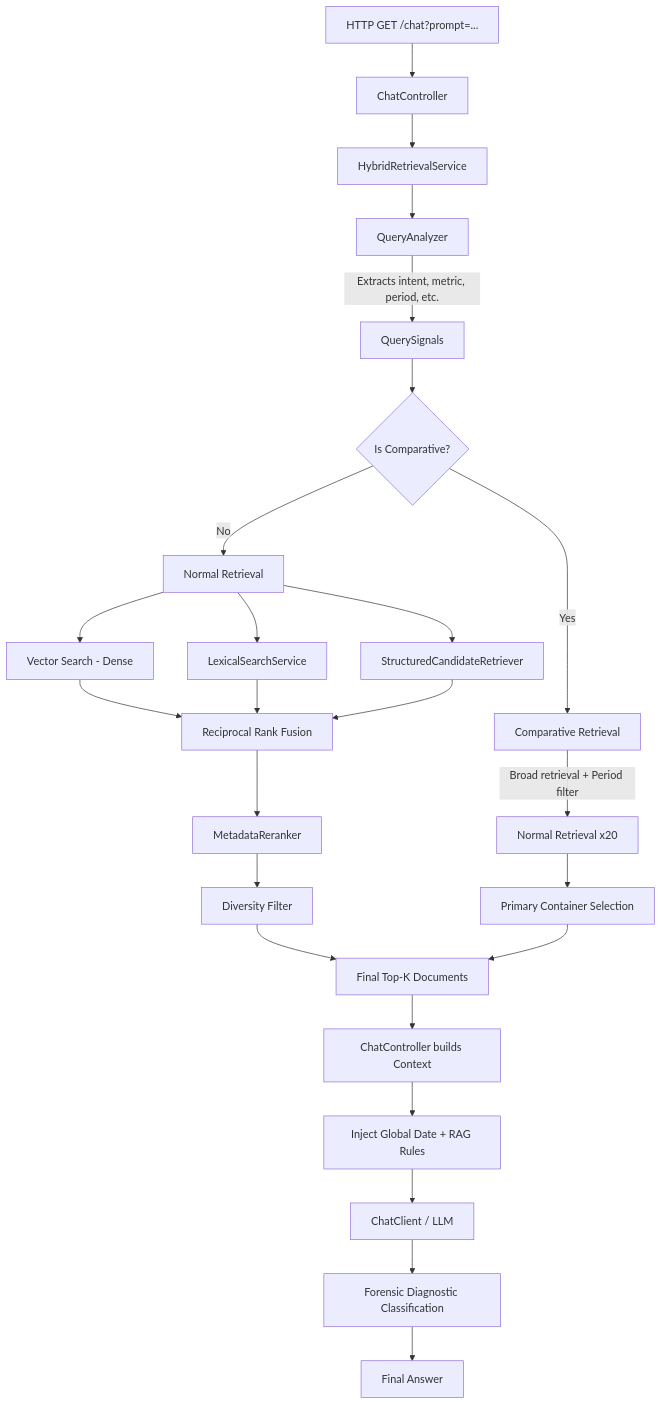
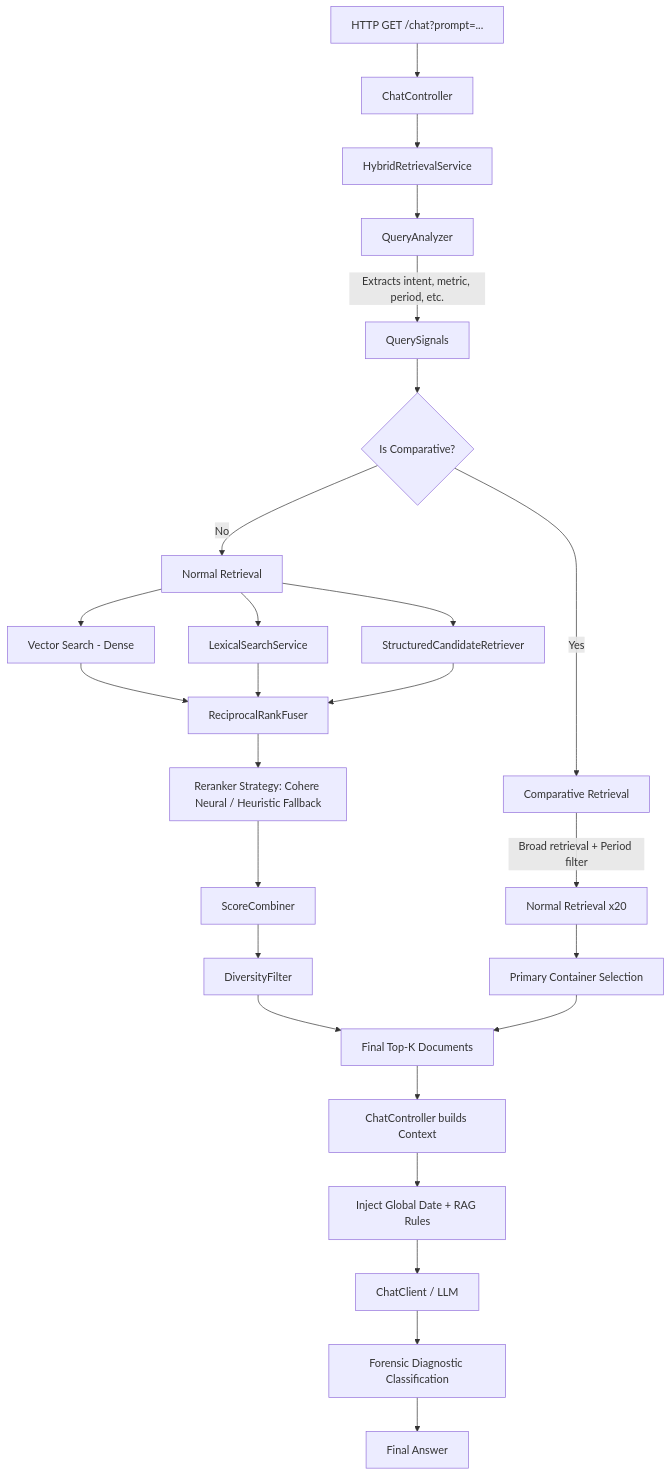
The second of 4 diagrams in docs/PROJECT_ARCHITECTURE_AND_LEARNING_GUIDE.md (Abdulrahman-AlSayed-1/financial-advisor-ai), drawn with Mermaid before and after one commit. The commit also changed 17 other files, not shown here.

Commit message:
feat(retrieval): refactor to SOLID, add Cohere neural reranking, plug quality gate, and update documentation

````diff
--- a/docs/PROJECT_ARCHITECTURE_AND_LEARNING_GUIDE.md
+++ b/docs/PROJECT_ARCHITECTURE_AND_LEARNING_GUIDE.md
@@ -66,35 +66,36 @@
 ```mermaid
 graph TD
     REQ[HTTP GET /chat?prompt=...] --> CC[ChatController]
     CC --> HRS[HybridRetrievalService]
     
     HRS --> QA[QueryAnalyzer]
     QA -->|Extracts intent, metric, period, etc.| QS[QuerySignals]
     
     QS --> PATH_DECISION{Is Comparative?}
     
     PATH_DECISION -->|No| N_RET[Normal Retrieval]
     PATH_DECISION -->|Yes| C_RET[Comparative Retrieval]
     
     N_RET --> DENSE[Vector Search - Dense]
     N_RET --> LEX[LexicalSearchService]
     N_RET --> STRUCT[StructuredCandidateRetriever]
     
-    DENSE --> RRF[Reciprocal Rank Fusion]
+    DENSE --> RRF[ReciprocalRankFuser]
     LEX --> RRF
     STRUCT --> RRF
     
-    RRF --> MR[MetadataReranker]
-    MR --> DIV[Diversity Filter]
+    RRF --> RERANK[Reranker Strategy: Cohere Neural / Heuristic Fallback]
+    RERANK --> COMBINE[ScoreCombiner]
+    COMBINE --> DIV[DiversityFilter]
     DIV --> CHUNKS[Final Top-K Documents]
     
     C_RET -->|Broad retrieval + Period filter| N_RET_BROAD[Normal Retrieval x20]
     N_RET_BROAD --> CONTAINER[Primary Container Selection]
     CONTAINER --> CHUNKS
     
     CHUNKS --> CC2[ChatController builds Context]
     CC2 --> PROMPT[Inject Global Date + RAG Rules]
     PROMPT --> LLM[ChatClient / LLM]
     LLM --> FORENSIC[Forensic Diagnostic Classification]
     FORENSIC --> ANS[Final Answer]
 ```
````
